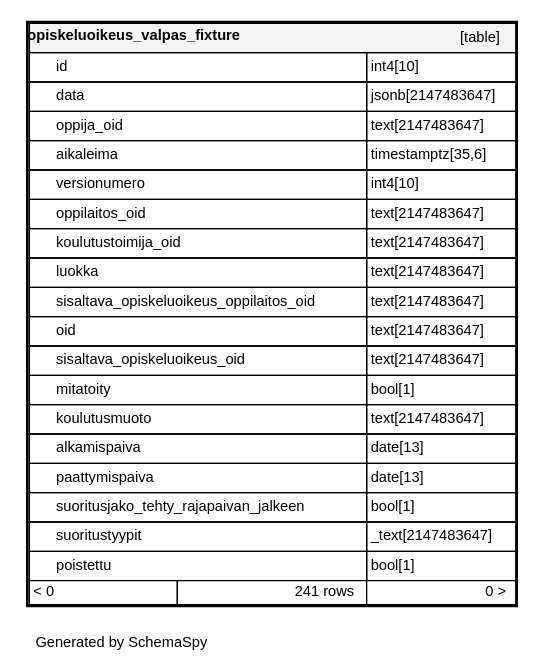
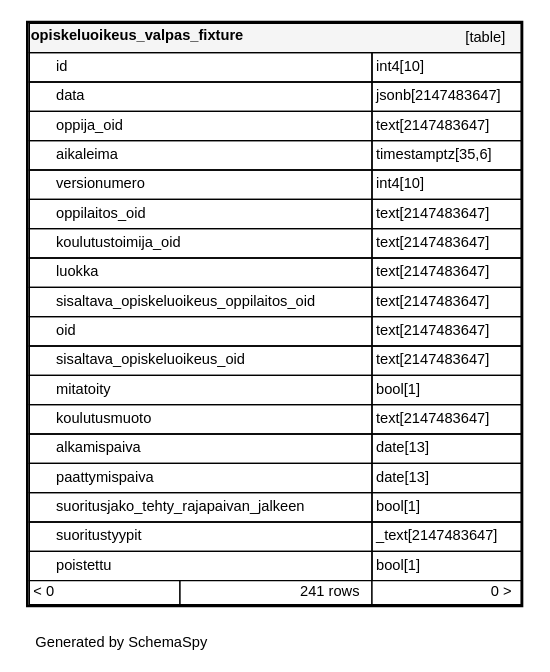
One commit to Opetushallitus/koski changed the diagram in documentation/tietokantaskeemat/koski/diagrams/tables/opiskeluoikeus_valpas_fixture.1degree.dot. Above: the diagram before and after it, drawn with Graphviz. The commit also changed 226 other files, not shown here.

```diff
--- a/documentation/tietokantaskeemat/koski/diagrams/tables/opiskeluoikeus_valpas_fixture.1degree.dot
+++ b/documentation/tietokantaskeemat/koski/diagrams/tables/opiskeluoikeus_valpas_fixture.1degree.dot
@@ -3,25 +3,25 @@
   "opiskeluoikeus_valpas_fixture" [
    label=<
     <TABLE BORDER="2" CELLBORDER="1" CELLSPACING="0" BGCOLOR="#ffffff">
-      <TR><TD COLSPAN="4"  BGCOLOR="#f5f5f5"><TABLE BORDER="0" CELLSPACING="0"><TR><TD ALIGN="LEFT" FIXEDSIZE="TRUE" WIDTH="174" HEIGHT="16"><B>opiskeluoikeus_valpas_fixture</B></TD><TD ALIGN="RIGHT">[table]</TD></TR></TABLE></TD></TR>
-      <TR><TD PORT="id" COLSPAN="2" ALIGN="LEFT"><TABLE BORDER="0" CELLSPACING="0" ALIGN="LEFT"><TR ALIGN="LEFT"><TD ALIGN="LEFT" FIXEDSIZE="TRUE" WIDTH="15" HEIGHT="16"></TD><TD ALIGN="LEFT" FIXEDSIZE="TRUE" WIDTH="232" HEIGHT="16">id</TD></TR></TABLE></TD><TD PORT="id.type" ALIGN="LEFT">int4[10]</TD></TR>
-      <TR><TD PORT="data" COLSPAN="2" ALIGN="LEFT"><TABLE BORDER="0" CELLSPACING="0" ALIGN="LEFT"><TR ALIGN="LEFT"><TD ALIGN="LEFT" FIXEDSIZE="TRUE" WIDTH="15" HEIGHT="16"></TD><TD ALIGN="LEFT" FIXEDSIZE="TRUE" WIDTH="232" HEIGHT="16">data</TD></TR></TABLE></TD><TD PORT="data.type" ALIGN="LEFT">jsonb[2147483647]</TD></TR>
-      <TR><TD PORT="oppija_oid" COLSPAN="2" ALIGN="LEFT"><TABLE BORDER="0" CELLSPACING="0" ALIGN="LEFT"><TR ALIGN="LEFT"><TD ALIGN="LEFT" FIXEDSIZE="TRUE" WIDTH="15" HEIGHT="16"></TD><TD ALIGN="LEFT" FIXEDSIZE="TRUE" WIDTH="232" HEIGHT="16">oppija_oid</TD></TR></TABLE></TD><TD PORT="oppija_oid.type" ALIGN="LEFT">text[2147483647]</TD></TR>
-      <TR><TD PORT="aikaleima" COLSPAN="2" ALIGN="LEFT"><TABLE BORDER="0" CELLSPACING="0" ALIGN="LEFT"><TR ALIGN="LEFT"><TD ALIGN="LEFT" FIXEDSIZE="TRUE" WIDTH="15" HEIGHT="16"></TD><TD ALIGN="LEFT" FIXEDSIZE="TRUE" WIDTH="232" HEIGHT="16">aikaleima</TD></TR></TABLE></TD><TD PORT="aikaleima.type" ALIGN="LEFT">timestamptz[35,6]</TD></TR>
-      <TR><TD PORT="versionumero" COLSPAN="2" ALIGN="LEFT"><TABLE BORDER="0" CELLSPACING="0" ALIGN="LEFT"><TR ALIGN="LEFT"><TD ALIGN="LEFT" FIXEDSIZE="TRUE" WIDTH="15" HEIGHT="16"></TD><TD ALIGN="LEFT" FIXEDSIZE="TRUE" WIDTH="232" HEIGHT="16">versionumero</TD></TR></TABLE></TD><TD PORT="versionumero.type" ALIGN="LEFT">int4[10]</TD></TR>
-      <TR><TD PORT="oppilaitos_oid" COLSPAN="2" ALIGN="LEFT"><TABLE BORDER="0" CELLSPACING="0" ALIGN="LEFT"><TR ALIGN="LEFT"><TD ALIGN="LEFT" FIXEDSIZE="TRUE" WIDTH="15" HEIGHT="16"></TD><TD ALIGN="LEFT" FIXEDSIZE="TRUE" WIDTH="232" HEIGHT="16">oppilaitos_oid</TD></TR></TABLE></TD><TD PORT="oppilaitos_oid.type" ALIGN="LEFT">text[2147483647]</TD></TR>
-      <TR><TD PORT="koulutustoimija_oid" COLSPAN="2" ALIGN="LEFT"><TABLE BORDER="0" CELLSPACING="0" ALIGN="LEFT"><TR ALIGN="LEFT"><TD ALIGN="LEFT" FIXEDSIZE="TRUE" WIDTH="15" HEIGHT="16"></TD><TD ALIGN="LEFT" FIXEDSIZE="TRUE" WIDTH="232" HEIGHT="16">koulutustoimija_oid</TD></TR></TABLE></TD><TD PORT="koulutustoimija_oid.type" ALIGN="LEFT">text[2147483647]</TD></TR>
-      <TR><TD PORT="luokka" COLSPAN="2" ALIGN="LEFT"><TABLE BORDER="0" CELLSPACING="0" ALIGN="LEFT"><TR ALIGN="LEFT"><TD ALIGN="LEFT" FIXEDSIZE="TRUE" WIDTH="15" HEIGHT="16"></TD><TD ALIGN="LEFT" FIXEDSIZE="TRUE" WIDTH="232" HEIGHT="16">luokka</TD></TR></TABLE></TD><TD PORT="luokka.type" ALIGN="LEFT">text[2147483647]</TD></TR>
-      <TR><TD PORT="sisaltava_opiskeluoikeus_oppilaitos_oid" COLSPAN="2" ALIGN="LEFT"><TABLE BORDER="0" CELLSPACING="0" ALIGN="LEFT"><TR ALIGN="LEFT"><TD ALIGN="LEFT" FIXEDSIZE="TRUE" WIDTH="15" HEIGHT="16"></TD><TD ALIGN="LEFT" FIXEDSIZE="TRUE" WIDTH="232" HEIGHT="16">sisaltava_opiskeluoikeus_oppilaitos_oid</TD></TR></TABLE></TD><TD PORT="sisaltava_opiskeluoikeus_oppilaitos_oid.type" ALIGN="LEFT">text[2147483647]</TD></TR>
-      <TR><TD PORT="oid" COLSPAN="2" ALIGN="LEFT"><TABLE BORDER="0" CELLSPACING="0" ALIGN="LEFT"><TR ALIGN="LEFT"><TD ALIGN="LEFT" FIXEDSIZE="TRUE" WIDTH="15" HEIGHT="16"></TD><TD ALIGN="LEFT" FIXEDSIZE="TRUE" WIDTH="232" HEIGHT="16">oid</TD></TR></TABLE></TD><TD PORT="oid.type" ALIGN="LEFT">text[2147483647]</TD></TR>
-      <TR><TD PORT="sisaltava_opiskeluoikeus_oid" COLSPAN="2" ALIGN="LEFT"><TABLE BORDER="0" CELLSPACING="0" ALIGN="LEFT"><TR ALIGN="LEFT"><TD ALIGN="LEFT" FIXEDSIZE="TRUE" WIDTH="15" HEIGHT="16"></TD><TD ALIGN="LEFT" FIXEDSIZE="TRUE" WIDTH="232" HEIGHT="16">sisaltava_opiskeluoikeus_oid</TD></TR></TABLE></TD><TD PORT="sisaltava_opiskeluoikeus_oid.type" ALIGN="LEFT">text[2147483647]</TD></TR>
-      <TR><TD PORT="mitatoity" COLSPAN="2" ALIGN="LEFT"><TABLE BORDER="0" CELLSPACING="0" ALIGN="LEFT"><TR ALIGN="LEFT"><TD ALIGN="LEFT" FIXEDSIZE="TRUE" WIDTH="15" HEIGHT="16"></TD><TD ALIGN="LEFT" FIXEDSIZE="TRUE" WIDTH="232" HEIGHT="16">mitatoity</TD></TR></TABLE></TD><TD PORT="mitatoity.type" ALIGN="LEFT">bool[1]</TD></TR>
-      <TR><TD PORT="koulutusmuoto" COLSPAN="2" ALIGN="LEFT"><TABLE BORDER="0" CELLSPACING="0" ALIGN="LEFT"><TR ALIGN="LEFT"><TD ALIGN="LEFT" FIXEDSIZE="TRUE" WIDTH="15" HEIGHT="16"></TD><TD ALIGN="LEFT" FIXEDSIZE="TRUE" WIDTH="232" HEIGHT="16">koulutusmuoto</TD></TR></TABLE></TD><TD PORT="koulutusmuoto.type" ALIGN="LEFT">text[2147483647]</TD></TR>
-      <TR><TD PORT="alkamispaiva" COLSPAN="2" ALIGN="LEFT"><TABLE BORDER="0" CELLSPACING="0" ALIGN="LEFT"><TR ALIGN="LEFT"><TD ALIGN="LEFT" FIXEDSIZE="TRUE" WIDTH="15" HEIGHT="16"></TD><TD ALIGN="LEFT" FIXEDSIZE="TRUE" WIDTH="232" HEIGHT="16">alkamispaiva</TD></TR></TABLE></TD><TD PORT="alkamispaiva.type" ALIGN="LEFT">date[13]</TD></TR>
-      <TR><TD PORT="paattymispaiva" COLSPAN="2" ALIGN="LEFT"><TABLE BORDER="0" CELLSPACING="0" ALIGN="LEFT"><TR ALIGN="LEFT"><TD ALIGN="LEFT" FIXEDSIZE="TRUE" WIDTH="15" HEIGHT="16"></TD><TD ALIGN="LEFT" FIXEDSIZE="TRUE" WIDTH="232" HEIGHT="16">paattymispaiva</TD></TR></TABLE></TD><TD PORT="paattymispaiva.type" ALIGN="LEFT">date[13]</TD></TR>
-      <TR><TD PORT="suoritusjako_tehty_rajapaivan_jalkeen" COLSPAN="2" ALIGN="LEFT"><TABLE BORDER="0" CELLSPACING="0" ALIGN="LEFT"><TR ALIGN="LEFT"><TD ALIGN="LEFT" FIXEDSIZE="TRUE" WIDTH="15" HEIGHT="16"></TD><TD ALIGN="LEFT" FIXEDSIZE="TRUE" WIDTH="232" HEIGHT="16">suoritusjako_tehty_rajapaivan_jalkeen</TD></TR></TABLE></TD><TD PORT="suoritusjako_tehty_rajapaivan_jalkeen.type" ALIGN="LEFT">bool[1]</TD></TR>
-      <TR><TD PORT="suoritustyypit" COLSPAN="2" ALIGN="LEFT"><TABLE BORDER="0" CELLSPACING="0" ALIGN="LEFT"><TR ALIGN="LEFT"><TD ALIGN="LEFT" FIXEDSIZE="TRUE" WIDTH="15" HEIGHT="16"></TD><TD ALIGN="LEFT" FIXEDSIZE="TRUE" WIDTH="232" HEIGHT="16">suoritustyypit</TD></TR></TABLE></TD><TD PORT="suoritustyypit.type" ALIGN="LEFT">_text[2147483647]</TD></TR>
-      <TR><TD PORT="poistettu" COLSPAN="2" ALIGN="LEFT"><TABLE BORDER="0" CELLSPACING="0" ALIGN="LEFT"><TR ALIGN="LEFT"><TD ALIGN="LEFT" FIXEDSIZE="TRUE" WIDTH="15" HEIGHT="16"></TD><TD ALIGN="LEFT" FIXEDSIZE="TRUE" WIDTH="232" HEIGHT="16">poistettu</TD></TR></TABLE></TD><TD PORT="poistettu.type" ALIGN="LEFT">bool[1]</TD></TR>
+      <TR><TD COLSPAN="4"  BGCOLOR="#f5f5f5"><TABLE BORDER="0" CELLSPACING="0"><TR><TD ALIGN="LEFT" FIXEDSIZE="TRUE" WIDTH="179" HEIGHT="16"><B>opiskeluoikeus_valpas_fixture</B></TD><TD ALIGN="RIGHT">[table]</TD></TR></TABLE></TD></TR>
+      <TR><TD PORT="id" COLSPAN="2" ALIGN="LEFT"><TABLE BORDER="0" CELLSPACING="0" ALIGN="LEFT"><TR ALIGN="LEFT"><TD ALIGN="LEFT" FIXEDSIZE="TRUE" WIDTH="15" HEIGHT="16"></TD><TD ALIGN="LEFT" FIXEDSIZE="TRUE" WIDTH="236" HEIGHT="16">id</TD></TR></TABLE></TD><TD PORT="id.type" ALIGN="LEFT">int4[10]</TD></TR>
+      <TR><TD PORT="data" COLSPAN="2" ALIGN="LEFT"><TABLE BORDER="0" CELLSPACING="0" ALIGN="LEFT"><TR ALIGN="LEFT"><TD ALIGN="LEFT" FIXEDSIZE="TRUE" WIDTH="15" HEIGHT="16"></TD><TD ALIGN="LEFT" FIXEDSIZE="TRUE" WIDTH="236" HEIGHT="16">data</TD></TR></TABLE></TD><TD PORT="data.type" ALIGN="LEFT">jsonb[2147483647]</TD></TR>
+      <TR><TD PORT="oppija_oid" COLSPAN="2" ALIGN="LEFT"><TABLE BORDER="0" CELLSPACING="0" ALIGN="LEFT"><TR ALIGN="LEFT"><TD ALIGN="LEFT" FIXEDSIZE="TRUE" WIDTH="15" HEIGHT="16"></TD><TD ALIGN="LEFT" FIXEDSIZE="TRUE" WIDTH="236" HEIGHT="16">oppija_oid</TD></TR></TABLE></TD><TD PORT="oppija_oid.type" ALIGN="LEFT">text[2147483647]</TD></TR>
+      <TR><TD PORT="aikaleima" COLSPAN="2" ALIGN="LEFT"><TABLE BORDER="0" CELLSPACING="0" ALIGN="LEFT"><TR ALIGN="LEFT"><TD ALIGN="LEFT" FIXEDSIZE="TRUE" WIDTH="15" HEIGHT="16"></TD><TD ALIGN="LEFT" FIXEDSIZE="TRUE" WIDTH="236" HEIGHT="16">aikaleima</TD></TR></TABLE></TD><TD PORT="aikaleima.type" ALIGN="LEFT">timestamptz[35,6]</TD></TR>
+      <TR><TD PORT="versionumero" COLSPAN="2" ALIGN="LEFT"><TABLE BORDER="0" CELLSPACING="0" ALIGN="LEFT"><TR ALIGN="LEFT"><TD ALIGN="LEFT" FIXEDSIZE="TRUE" WIDTH="15" HEIGHT="16"></TD><TD ALIGN="LEFT" FIXEDSIZE="TRUE" WIDTH="236" HEIGHT="16">versionumero</TD></TR></TABLE></TD><TD PORT="versionumero.type" ALIGN="LEFT">int4[10]</TD></TR>
+      <TR><TD PORT="oppilaitos_oid" COLSPAN="2" ALIGN="LEFT"><TABLE BORDER="0" CELLSPACING="0" ALIGN="LEFT"><TR ALIGN="LEFT"><TD ALIGN="LEFT" FIXEDSIZE="TRUE" WIDTH="15" HEIGHT="16"></TD><TD ALIGN="LEFT" FIXEDSIZE="TRUE" WIDTH="236" HEIGHT="16">oppilaitos_oid</TD></TR></TABLE></TD><TD PORT="oppilaitos_oid.type" ALIGN="LEFT">text[2147483647]</TD></TR>
+      <TR><TD PORT="koulutustoimija_oid" COLSPAN="2" ALIGN="LEFT"><TABLE BORDER="0" CELLSPACING="0" ALIGN="LEFT"><TR ALIGN="LEFT"><TD ALIGN="LEFT" FIXEDSIZE="TRUE" WIDTH="15" HEIGHT="16"></TD><TD ALIGN="LEFT" FIXEDSIZE="TRUE" WIDTH="236" HEIGHT="16">koulutustoimija_oid</TD></TR></TABLE></TD><TD PORT="koulutustoimija_oid.type" ALIGN="LEFT">text[2147483647]</TD></TR>
+      <TR><TD PORT="luokka" COLSPAN="2" ALIGN="LEFT"><TABLE BORDER="0" CELLSPACING="0" ALIGN="LEFT"><TR ALIGN="LEFT"><TD ALIGN="LEFT" FIXEDSIZE="TRUE" WIDTH="15" HEIGHT="16"></TD><TD ALIGN="LEFT" FIXEDSIZE="TRUE" WIDTH="236" HEIGHT="16">luokka</TD></TR></TABLE></TD><TD PORT="luokka.type" ALIGN="LEFT">text[2147483647]</TD></TR>
+      <TR><TD PORT="sisaltava_opiskeluoikeus_oppilaitos_oid" COLSPAN="2" ALIGN="LEFT"><TABLE BORDER="0" CELLSPACING="0" ALIGN="LEFT"><TR ALIGN="LEFT"><TD ALIGN="LEFT" FIXEDSIZE="TRUE" WIDTH="15" HEIGHT="16"></TD><TD ALIGN="LEFT" FIXEDSIZE="TRUE" WIDTH="236" HEIGHT="16">sisaltava_opiskeluoikeus_oppilaitos_oid</TD></TR></TABLE></TD><TD PORT="sisaltava_opiskeluoikeus_oppilaitos_oid.type" ALIGN="LEFT">text[2147483647]</TD></TR>
+      <TR><TD PORT="oid" COLSPAN="2" ALIGN="LEFT"><TABLE BORDER="0" CELLSPACING="0" ALIGN="LEFT"><TR ALIGN="LEFT"><TD ALIGN="LEFT" FIXEDSIZE="TRUE" WIDTH="15" HEIGHT="16"></TD><TD ALIGN="LEFT" FIXEDSIZE="TRUE" WIDTH="236" HEIGHT="16">oid</TD></TR></TABLE></TD><TD PORT="oid.type" ALIGN="LEFT">text[2147483647]</TD></TR>
+      <TR><TD PORT="sisaltava_opiskeluoikeus_oid" COLSPAN="2" ALIGN="LEFT"><TABLE BORDER="0" CELLSPACING="0" ALIGN="LEFT"><TR ALIGN="LEFT"><TD ALIGN="LEFT" FIXEDSIZE="TRUE" WIDTH="15" HEIGHT="16"></TD><TD ALIGN="LEFT" FIXEDSIZE="TRUE" WIDTH="236" HEIGHT="16">sisaltava_opiskeluoikeus_oid</TD></TR></TABLE></TD><TD PORT="sisaltava_opiskeluoikeus_oid.type" ALIGN="LEFT">text[2147483647]</TD></TR>
+      <TR><TD PORT="mitatoity" COLSPAN="2" ALIGN="LEFT"><TABLE BORDER="0" CELLSPACING="0" ALIGN="LEFT"><TR ALIGN="LEFT"><TD ALIGN="LEFT" FIXEDSIZE="TRUE" WIDTH="15" HEIGHT="16"></TD><TD ALIGN="LEFT" FIXEDSIZE="TRUE" WIDTH="236" HEIGHT="16">mitatoity</TD></TR></TABLE></TD><TD PORT="mitatoity.type" ALIGN="LEFT">bool[1]</TD></TR>
+      <TR><TD PORT="koulutusmuoto" COLSPAN="2" ALIGN="LEFT"><TABLE BORDER="0" CELLSPACING="0" ALIGN="LEFT"><TR ALIGN="LEFT"><TD ALIGN="LEFT" FIXEDSIZE="TRUE" WIDTH="15" HEIGHT="16"></TD><TD ALIGN="LEFT" FIXEDSIZE="TRUE" WIDTH="236" HEIGHT="16">koulutusmuoto</TD></TR></TABLE></TD><TD PORT="koulutusmuoto.type" ALIGN="LEFT">text[2147483647]</TD></TR>
+      <TR><TD PORT="alkamispaiva" COLSPAN="2" ALIGN="LEFT"><TABLE BORDER="0" CELLSPACING="0" ALIGN="LEFT"><TR ALIGN="LEFT"><TD ALIGN="LEFT" FIXEDSIZE="TRUE" WIDTH="15" HEIGHT="16"></TD><TD ALIGN="LEFT" FIXEDSIZE="TRUE" WIDTH="236" HEIGHT="16">alkamispaiva</TD></TR></TABLE></TD><TD PORT="alkamispaiva.type" ALIGN="LEFT">date[13]</TD></TR>
+      <TR><TD PORT="paattymispaiva" COLSPAN="2" ALIGN="LEFT"><TABLE BORDER="0" CELLSPACING="0" ALIGN="LEFT"><TR ALIGN="LEFT"><TD ALIGN="LEFT" FIXEDSIZE="TRUE" WIDTH="15" HEIGHT="16"></TD><TD ALIGN="LEFT" FIXEDSIZE="TRUE" WIDTH="236" HEIGHT="16">paattymispaiva</TD></TR></TABLE></TD><TD PORT="paattymispaiva.type" ALIGN="LEFT">date[13]</TD></TR>
+      <TR><TD PORT="suoritusjako_tehty_rajapaivan_jalkeen" COLSPAN="2" ALIGN="LEFT"><TABLE BORDER="0" CELLSPACING="0" ALIGN="LEFT"><TR ALIGN="LEFT"><TD ALIGN="LEFT" FIXEDSIZE="TRUE" WIDTH="15" HEIGHT="16"></TD><TD ALIGN="LEFT" FIXEDSIZE="TRUE" WIDTH="236" HEIGHT="16">suoritusjako_tehty_rajapaivan_jalkeen</TD></TR></TABLE></TD><TD PORT="suoritusjako_tehty_rajapaivan_jalkeen.type" ALIGN="LEFT">bool[1]</TD></TR>
+      <TR><TD PORT="suoritustyypit" COLSPAN="2" ALIGN="LEFT"><TABLE BORDER="0" CELLSPACING="0" ALIGN="LEFT"><TR ALIGN="LEFT"><TD ALIGN="LEFT" FIXEDSIZE="TRUE" WIDTH="15" HEIGHT="16"></TD><TD ALIGN="LEFT" FIXEDSIZE="TRUE" WIDTH="236" HEIGHT="16">suoritustyypit</TD></TR></TABLE></TD><TD PORT="suoritustyypit.type" ALIGN="LEFT">_text[2147483647]</TD></TR>
+      <TR><TD PORT="poistettu" COLSPAN="2" ALIGN="LEFT"><TABLE BORDER="0" CELLSPACING="0" ALIGN="LEFT"><TR ALIGN="LEFT"><TD ALIGN="LEFT" FIXEDSIZE="TRUE" WIDTH="15" HEIGHT="16"></TD><TD ALIGN="LEFT" FIXEDSIZE="TRUE" WIDTH="236" HEIGHT="16">poistettu</TD></TR></TABLE></TD><TD PORT="poistettu.type" ALIGN="LEFT">bool[1]</TD></TR>
       <TR><TD ALIGN="LEFT" BGCOLOR="#ffffff">&lt; 0</TD><TD ALIGN="RIGHT" BGCOLOR="#ffffff">241 rows</TD><TD ALIGN="RIGHT" BGCOLOR="#ffffff">0 &gt;</TD></TR>
     </TABLE>>
     URL="../../tables/opiskeluoikeus_valpas_fixture.html"
```
